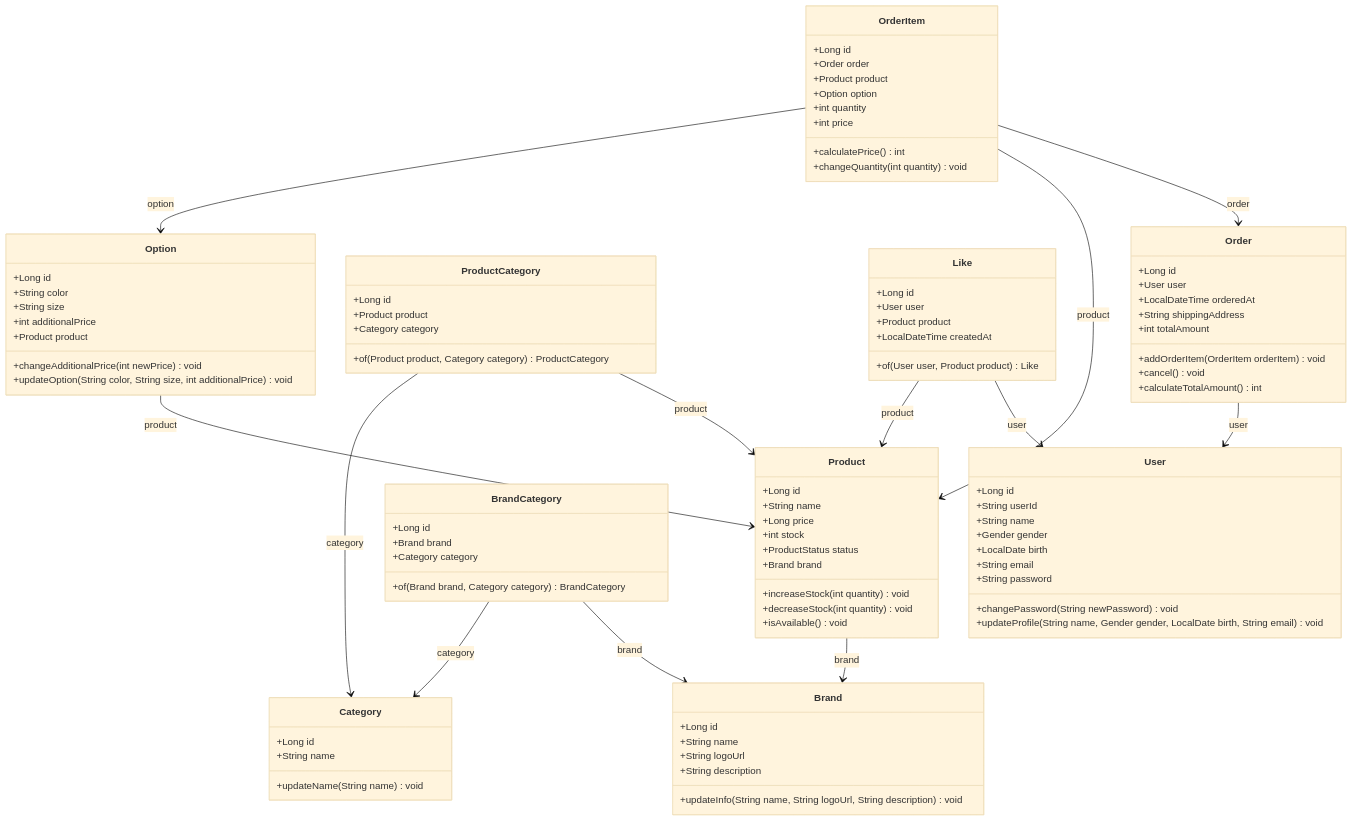
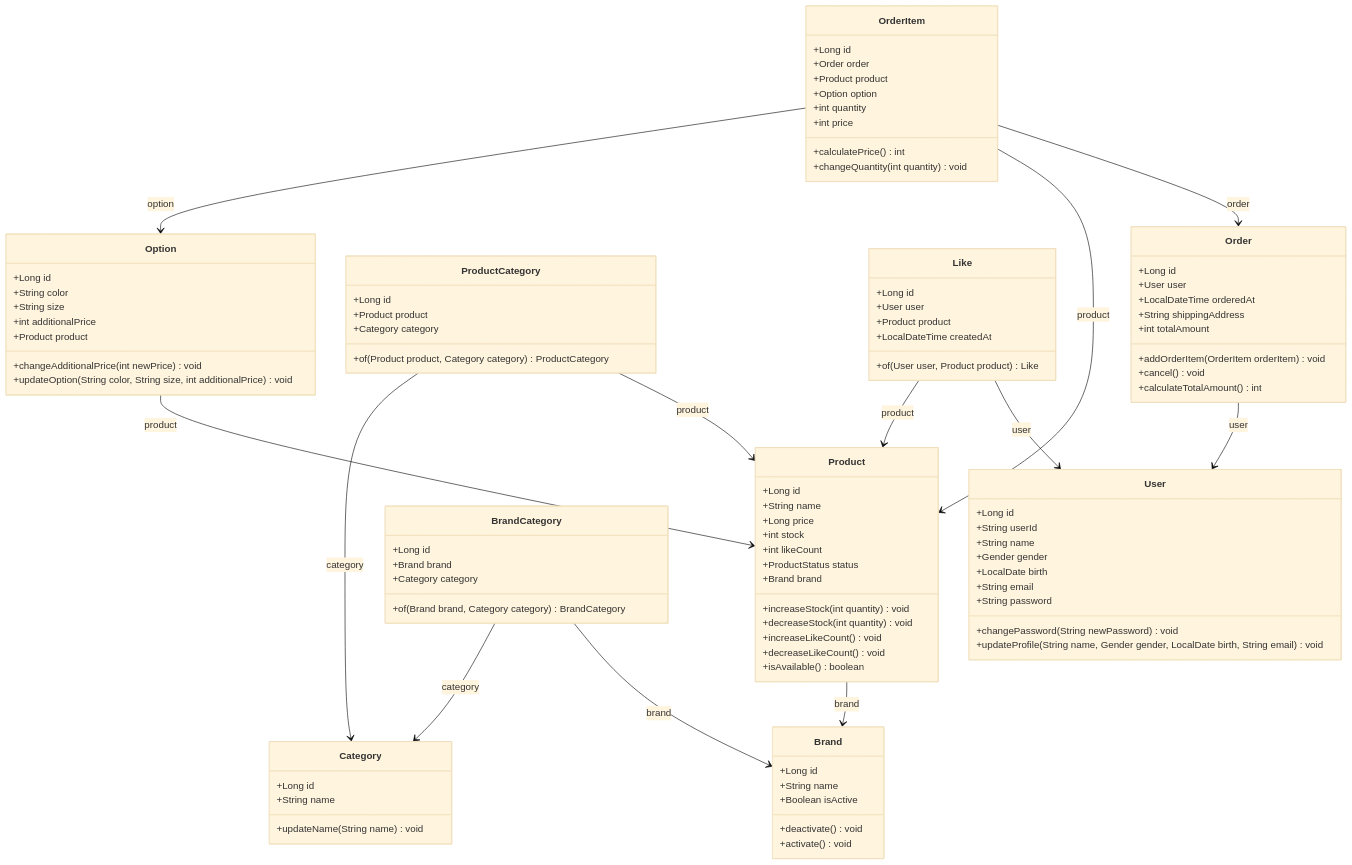
One commit to HuijinKang/loopers-e-commerce changed the diagram in docs/design/03-class-diagrams.md. Above: the diagram before and after it, drawn with Mermaid (base theme).

Commit message:
docs: 클래스 다이어그램 수정 3차

```diff
--- a/docs/design/03-class-diagrams.md
+++ b/docs/design/03-class-diagrams.md
@@ -8,12 +8,15 @@
   +String name
   +Long price
   +int stock
+  +int likeCount
   +ProductStatus status
   +Brand brand
 
   +increaseStock(int quantity) void
   +decreaseStock(int quantity) void
-  +isAvailable() void
+  +increaseLikeCount() void
+  +decreaseLikeCount() void
+  +isAvailable() boolean
 }
 
 class Option {
@@ -30,10 +33,10 @@
 class Brand {
   +Long id
   +String name
-  +String logoUrl
-  +String description
+  +Boolean isActive
 
-  +updateInfo(String name, String logoUrl, String description) void
+  +deactivate() void
+  +activate() void
 }
 
 class Category {
```
